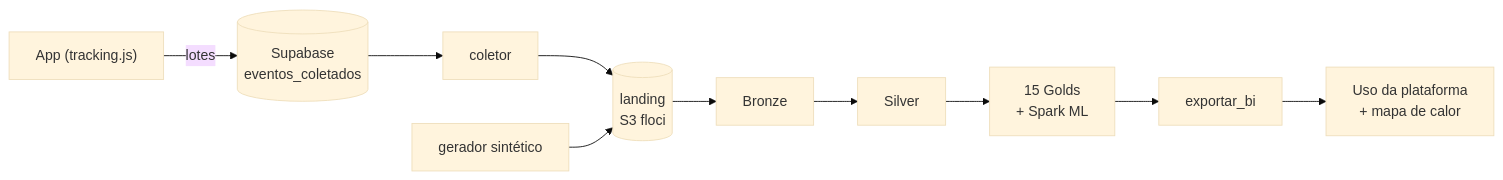
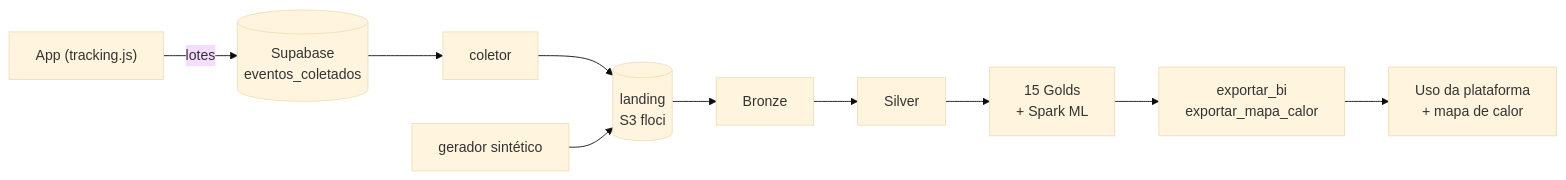
The diagram in docs/VIABILIDADE-MVP.md (danieltanjos/SolarVision), drawn with Mermaid (base theme) before and after one commit. The commit also changed other lines of this file and 5 other files, not shown here.

Commit message:
docs(datalake): exportação do mapa de calor como etapa própria nos guias e no enunciado

````diff
--- a/docs/VIABILIDADE-MVP.md
+++ b/docs/VIABILIDADE-MVP.md
@@ -13,8 +13,8 @@
 ```mermaid
 flowchart LR
     app["App (tracking.js)"] -->|lotes| tab[("Supabase<br/>eventos_coletados")]
     tab --> col["coletor"] --> land[("landing<br/>S3 floci")]
     ger["gerador sintético"] --> land
     land --> b["Bronze"] --> s["Silver"] --> g["15 Golds<br/>+ Spark ML"]
-    g --> exp["exportar_bi"] --> painel["Uso da plataforma<br/>+ mapa de calor"]
+    g --> exp["exportar_bi<br/>exportar_mapa_calor"] --> painel["Uso da plataforma<br/>+ mapa de calor"]
 ```
````
